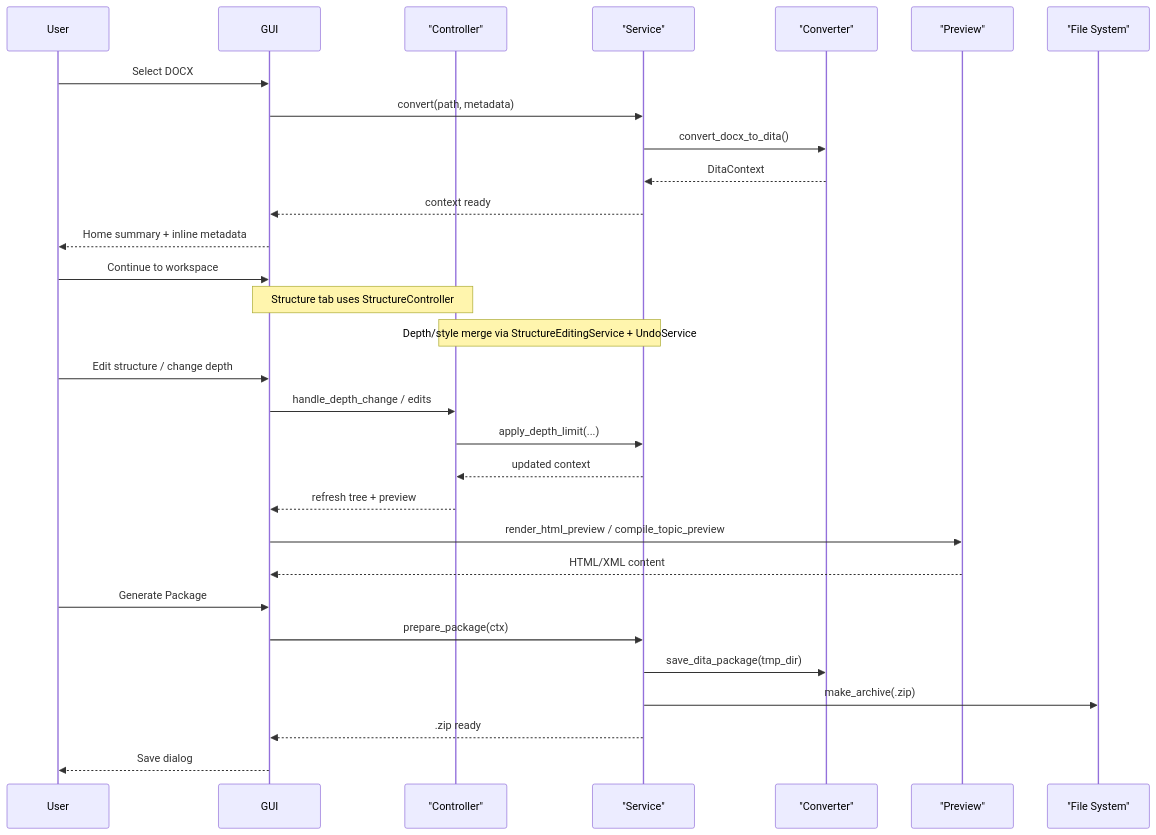
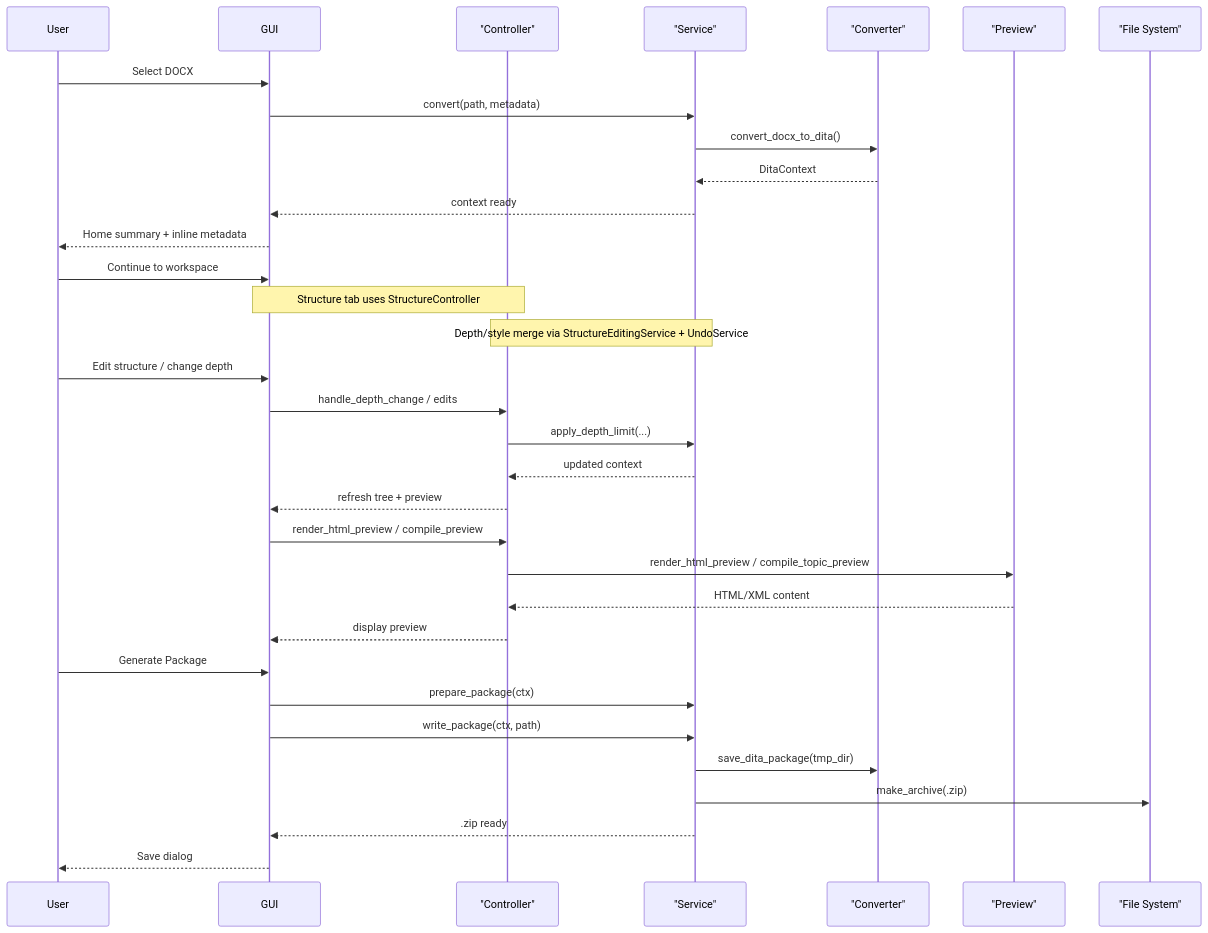
Before and after one commit to Orsso/orlando-toolkit: the diagram in docs/runtime_flow.md, drawn with Mermaid. The commit also changed 4 other files, not shown here.

````diff
--- a/docs/runtime_flow.md
+++ b/docs/runtime_flow.md
@@ -3,33 +3,39 @@
 ```mermaid
 sequenceDiagram
     participant User
     participant GUI
     participant Ctrl as "Controller"
     participant Svc as "Service"
     participant Conv as "Converter"
     participant Prev as "Preview"
     participant FS as "File System"
 
     User->>GUI: Select DOCX
     GUI->>Svc: convert(path, metadata)
     Svc->>Conv: convert_docx_to_dita()
     Conv-->>Svc: DitaContext
     Svc-->>GUI: context ready
     GUI-->>User: Home summary + inline metadata
     User->>GUI: Continue to workspace
     Note over GUI,Ctrl: Structure tab uses StructureController
     Note over Ctrl,Svc: Depth/style merge via StructureEditingService + UndoService
+
     User->>GUI: Edit structure / change depth
     GUI->>Ctrl: handle_depth_change / edits
     Ctrl->>Svc: apply_depth_limit(...)
     Svc-->>Ctrl: updated context
     Ctrl-->>GUI: refresh tree + preview
-    GUI->>Prev: render_html_preview / compile_topic_preview
-    Prev-->>GUI: HTML/XML content
+
+    GUI->>Ctrl: render_html_preview / compile_preview
+    Ctrl->>Prev: render_html_preview / compile_topic_preview
+    Prev-->>Ctrl: HTML/XML content
+    Ctrl-->>GUI: display preview
+
     User->>GUI: Generate Package
     GUI->>Svc: prepare_package(ctx)
+    GUI->>Svc: write_package(ctx, path)
     Svc->>Conv: save_dita_package(tmp_dir)
     Svc->>FS: make_archive(.zip)
     Svc-->>GUI: .zip ready
     GUI-->>User: Save dialog
 ```
````
